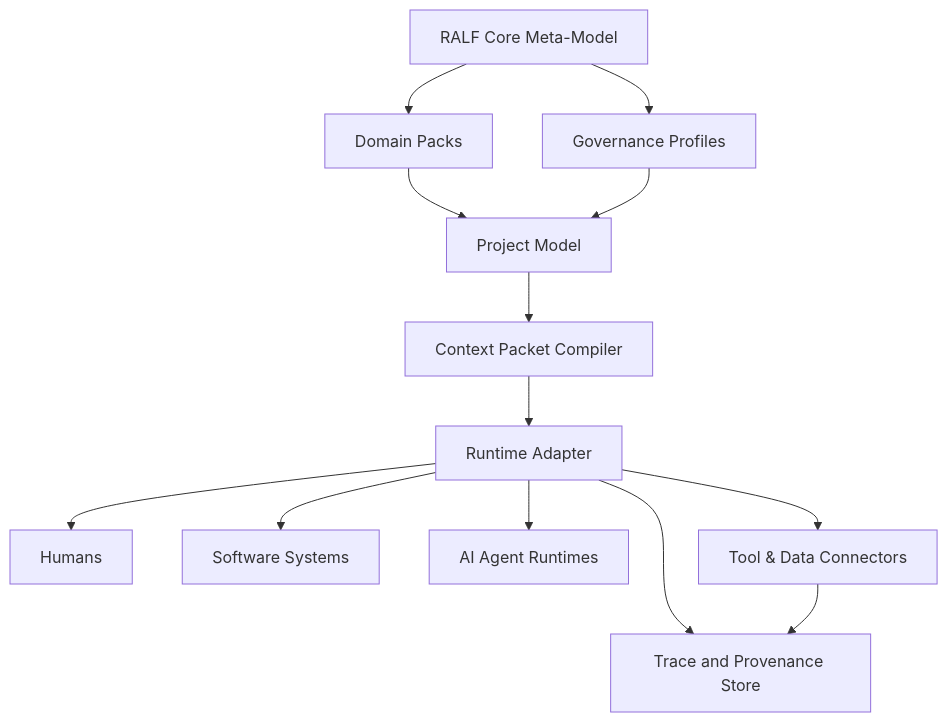
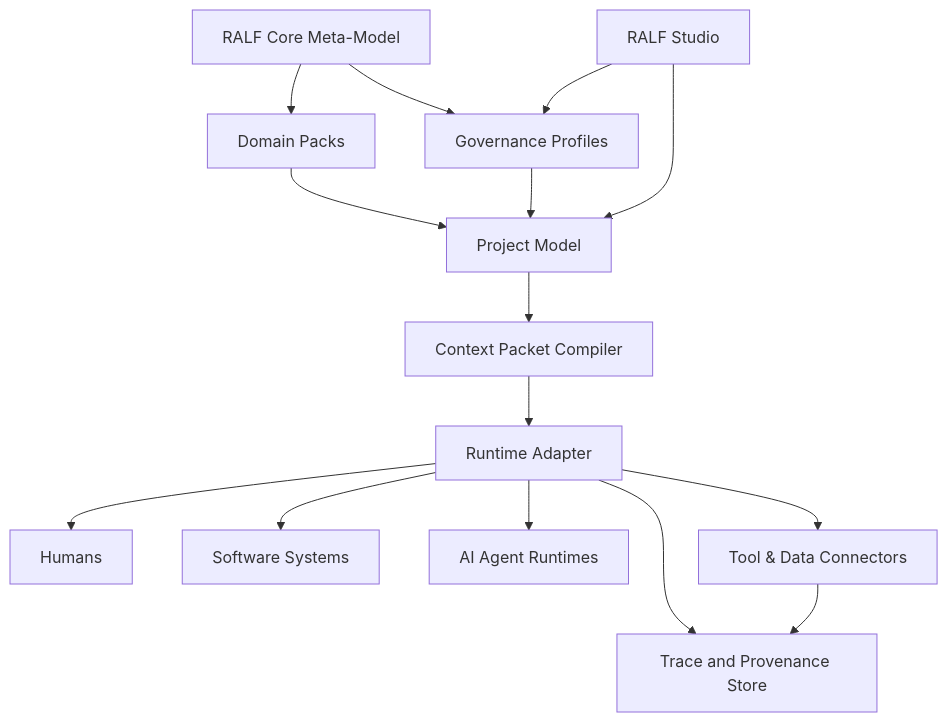
The first of 2 diagrams in docs/architecture.md (RALF-Framework/ralf), drawn with Mermaid before and after one commit. The commit also changed other lines of this file and 6 other files, not shown here.

````diff
--- a/docs/architecture.md
+++ b/docs/architecture.md
@@ -18,27 +26,30 @@
 ```mermaid
 flowchart TD
     A[RALF Core Meta-Model]
     B[Domain Packs]
     C[Governance Profiles]
     D[Project Model]
     E[Context Packet Compiler]
     F[Runtime Adapter]
     G[Humans]
     H[Software Systems]
     I[AI Agent Runtimes]
     J[Tool & Data Connectors]
     K[Trace and Provenance Store]
+    L[RALF Studio]
 
     A --> B
     A --> C
     B --> D
     C --> D
     D --> E
+    L --> D
+    L --> C
     E --> F
     F --> G
     F --> H
     F --> I
     F --> J
     F --> K
     J --> K
 ```
````
